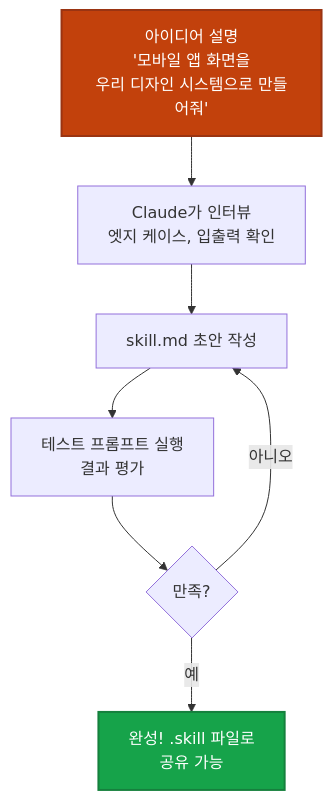
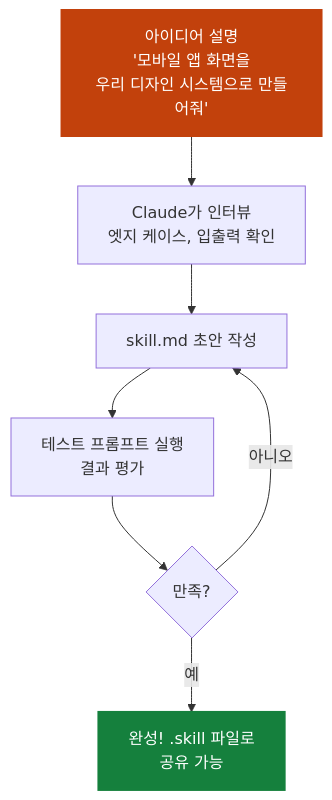
The diagram in content/youtube-update/designer-skills-toolkit.md (udawon/udawon-how-to-claude), drawn with Mermaid before and after one commit. The commit also changed other lines of this file and 23 other files, not shown here.

````diff
--- a/content/youtube-update/designer-skills-toolkit.md
+++ b/content/youtube-update/designer-skills-toolkit.md
@@ -157,12 +157,12 @@
 ```mermaid
 graph TB
     A["아이디어 설명<br/>'모바일 앱 화면을<br/>우리 디자인 시스템으로 만들어줘'"] --> B["Claude가 인터뷰<br/>엣지 케이스, 입출력 확인"]
     B --> C["skill.md 초안 작성"]
     C --> D["테스트 프롬프트 실행<br/>결과 평가"]
     D --> E{"만족?"}
     E -->|아니오| C
     E -->|예| F["완성! .skill 파일로<br/>공유 가능"]
 
-    style A fill:#c2410c,color:#fff,stroke:#9a3412,stroke-width:2px
-    style F fill:#16a34a,color:#fff,stroke:#15803d,stroke-width:2px
+    style A fill:#c2410c,color:#fff,stroke:#c2410c,stroke-width:2px
+    style F fill:#15803d,color:#fff,stroke:#15803d,stroke-width:2px
 ```
````
